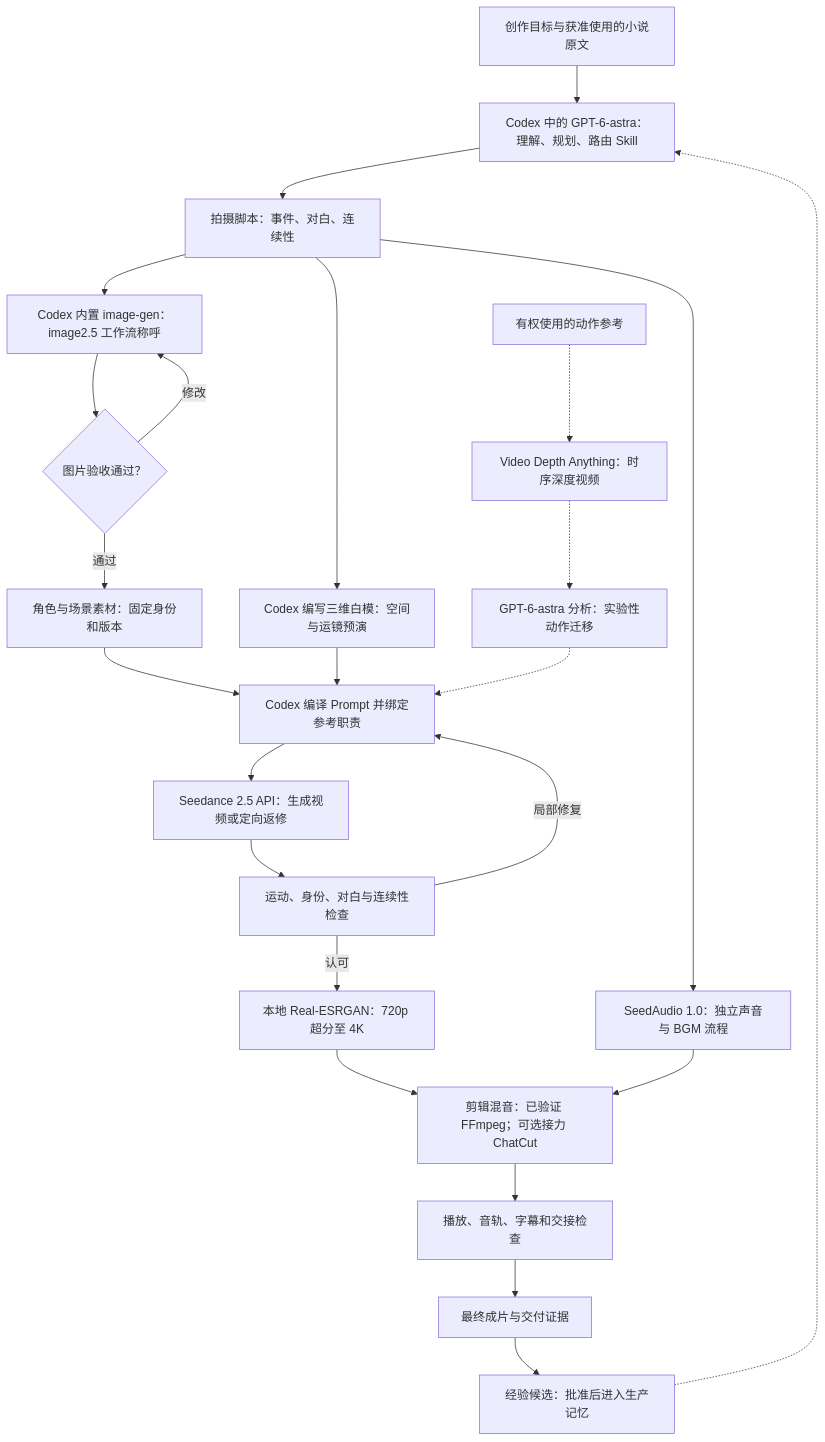
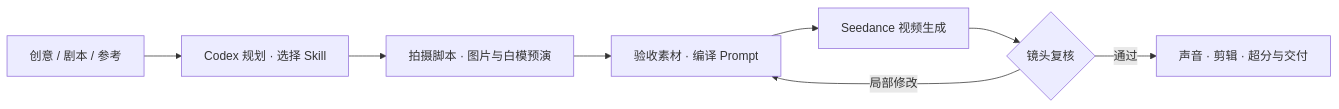
The diagram in README_zh.md (jiushiaaa/open-drama-flow), drawn with Mermaid before and after one commit. The commit also changed other lines of this file and 6 other files, not shown here.

````diff
--- a/README_zh.md
+++ b/README_zh.md
@@ -44,26 +87,10 @@
 ```mermaid
-flowchart TD
-    A[创作目标与获准使用的小说原文] --> B[Codex 中的 GPT-6-astra：理解、规划、路由 Skill]
-    B --> C[拍摄脚本：事件、对白、连续性]
-    C --> D[Codex 内置 image-gen：image2.5 工作流称呼]
-    D --> E{图片验收通过？}
-    E -->|修改| D
-    E -->|通过| F[角色与场景素材：固定身份和版本]
-    C --> G[Codex 编写三维白模：空间与运镜预演]
-    F --> H[Codex 编译 Prompt 并绑定参考职责]
-    G --> H
-    H --> I[Seedance 2.5 API：生成视频或定向返修]
-    C --> J[SeedAudio 1.0：独立声音与 BGM 流程]
-    I --> K[运动、身份、对白与连续性检查]
-    K -->|局部修复| H
-    K -->|认可| L[本地 Real-ESRGAN：720p 超分至 4K]
-    L --> M[剪辑混音：已验证 FFmpeg；可选接力 ChatCut]
-    J --> M
-    M --> N[播放、音轨、字幕和交接检查]
-    N --> O[最终成片与交付证据]
-    O --> P[经验候选：批准后进入生产记忆]
-    P -.-> B
-    R[有权使用的动作参考] -.-> S[Video Depth Anything：时序深度视频]
-    S -.-> T[GPT-6-astra 分析：实验性动作迁移]
-    T -.-> H
+flowchart LR
+    A[创意 / 剧本 / 参考] --> B[Codex 规划 · 选择 Skill]
+    B --> C[拍摄脚本 · 图片与白模预演]
+    C --> D[验收素材 · 编译 Prompt]
+    D --> E[Seedance 视频生成]
+    E --> F{镜头复核}
+    F -->|局部修改| D
+    F -->|通过| G[声音 · 剪辑 · 超分与交付]
 ```
````
